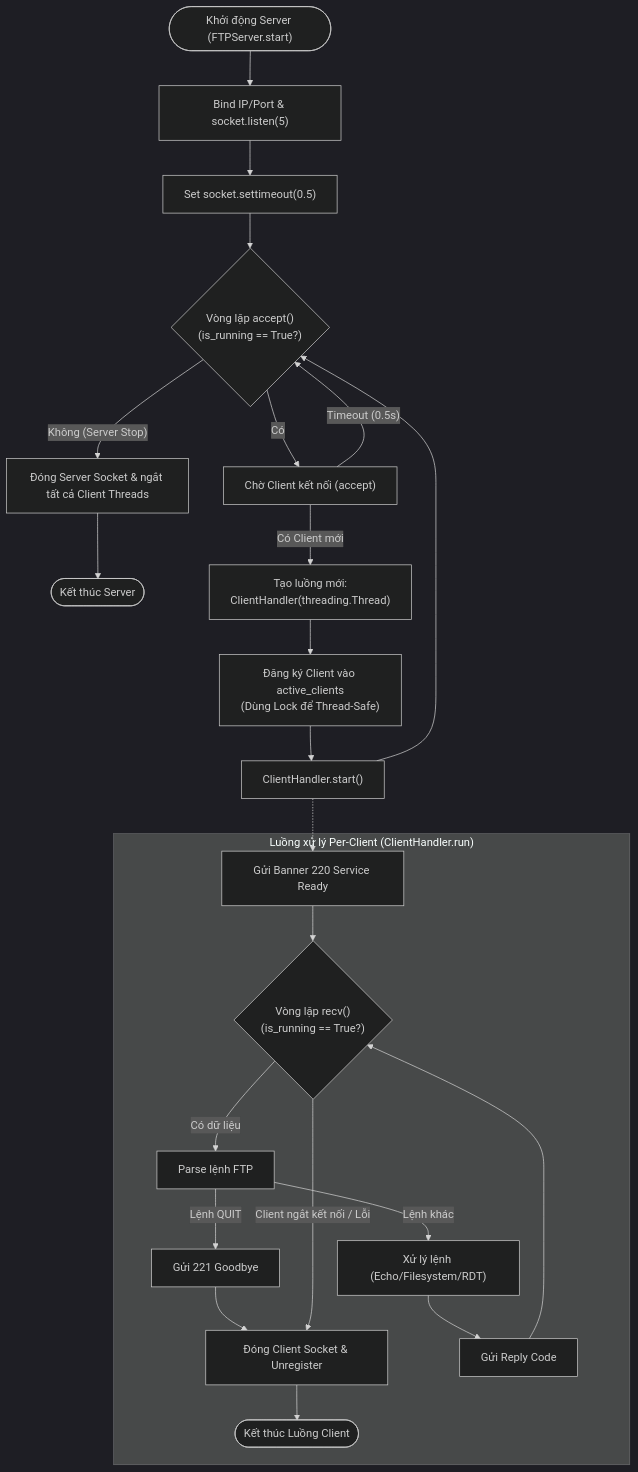
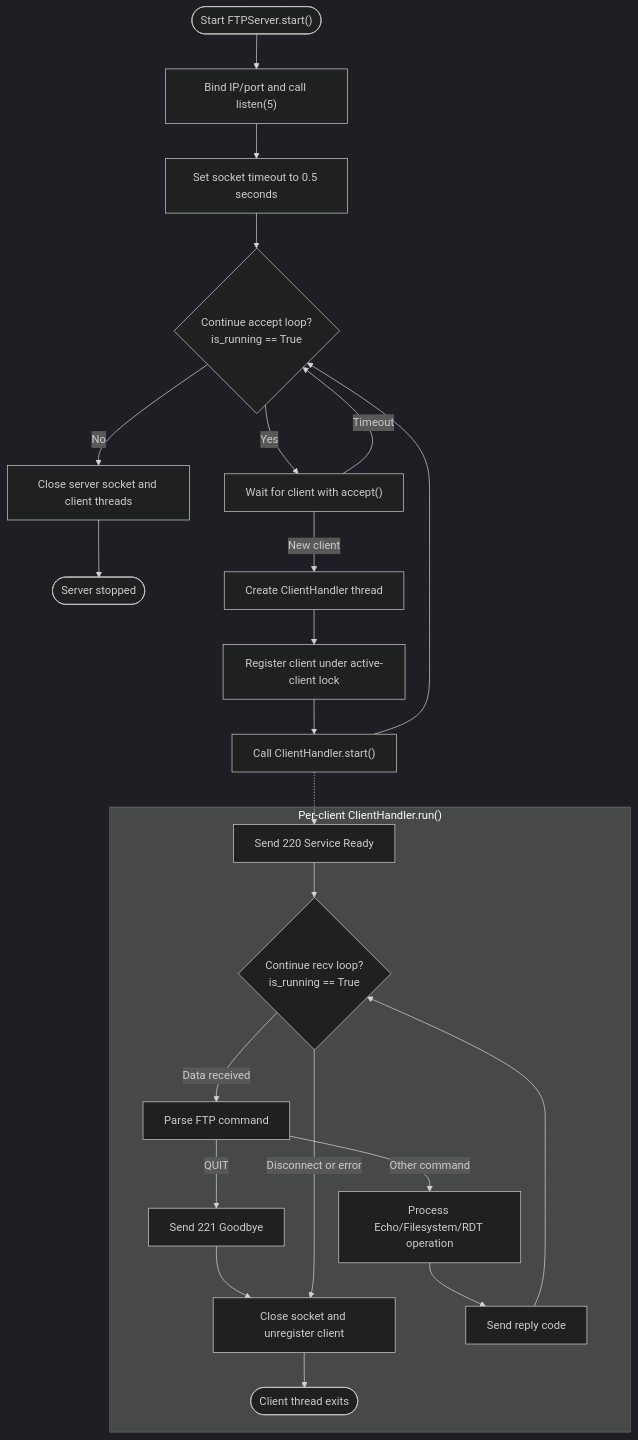
Before and after one commit to DrakyNeUwU/Hybrid-FTP-Socket: the third of 5 diagrams in docs/report.md, drawn with Mermaid (dark theme). The commit also changed other lines of this file and 9 other files, not shown here.

````diff
--- a/docs/report.md
+++ b/docs/report.md
@@ -99,32 +123,31 @@
 ```mermaid
 flowchart TD
-    Start(["Khởi động Server (FTPServer.start)"]) --> BindListen["Bind IP/Port & socket.listen(5)"]
-    BindListen --> TimeoutSet["Set socket.settimeout(0.5)"]
-    TimeoutSet --> LoopAccept{"Vòng lặp accept()<br/>(is_running == True?)"}
-    
-    LoopAccept -- "Không (Server Stop)" --> StopServer["Đóng Server Socket & ngắt tất cả Client Threads"]
-    StopServer --> End(["Kết thúc Server"])
-    
-    LoopAccept -- "Có" --> TryAccept["Chờ Client kết nối (accept)"]
-    TryAccept -- "Timeout (0.5s)" --> LoopAccept
-    TryAccept -- "Có Client mới" --> SpawnThread["Tạo luồng mới:<br/>ClientHandler(threading.Thread)"]
-    
-    SpawnThread --> RegClient["Đăng ký Client vào active_clients<br/>(Dùng Lock để Thread-Safe)"]
-    RegClient --> StartThread["ClientHandler.start()"]
+    Start(["Start FTPServer.start()"]) --> BindListen["Bind IP/port and call listen(5)"]
+    BindListen --> TimeoutSet["Set socket timeout to 0.5 seconds"]
+    TimeoutSet --> LoopAccept{"Continue accept loop?<br/>is_running == True"}
+
+    LoopAccept -- "No" --> StopServer["Close server socket and client threads"]
+    StopServer --> End(["Server stopped"])
+
+    LoopAccept -- "Yes" --> TryAccept["Wait for client with accept()"]
+    TryAccept -- "Timeout" --> LoopAccept
+    TryAccept -- "New client" --> SpawnThread["Create ClientHandler thread"]
+
+    SpawnThread --> RegClient["Register client under active-client lock"]
+    RegClient --> StartThread["Call ClientHandler.start()"]
     StartThread --> LoopAccept
 
-    subgraph PerClientThread ["Luồng xử lý Per-Client (ClientHandler.run)"]
-        InitClient["Gửi Banner 220 Service Ready"] --> LoopRecv{"Vòng lặp recv()<br/>(is_running == True?)"}
-        LoopRecv -- "Có dữ liệu" --> ParseCmd["Parse lệnh FTP"]
-        ParseCmd -- "Lệnh QUIT" --> Send221["Gửi 221 Goodbye"]
-        Send221 --> CloseClient["Đóng Client Socket & Unregister"]
-        ParseCmd -- "Lệnh khác" --> ProcessCmd["Xử lý lệnh (Echo/Filesystem/RDT)"]
-        ProcessCmd --> SendResp["Gửi Reply Code"]
+    subgraph PerClientThread ["Per-client ClientHandler.run()"]
+        InitClient["Send 220 Service Ready"] --> LoopRecv{"Continue recv loop?<br/>is_running == True"}
+        LoopRecv -- "Data received" --> ParseCmd["Parse FTP command"]
+        ParseCmd -- "QUIT" --> Send221["Send 221 Goodbye"]
+        Send221 --> CloseClient["Close socket and unregister client"]
+        ParseCmd -- "Other command" --> ProcessCmd["Process Echo/Filesystem/RDT operation"]
+        ProcessCmd --> SendResp["Send reply code"]
         SendResp --> LoopRecv
-        
-        LoopRecv -- "Client ngắt kết nối / Lỗi" --> CloseClient
-        CloseClient --> ExitThread(["Kết thúc Luồng Client"])
+        LoopRecv -- "Disconnect or error" --> CloseClient
+        CloseClient --> ExitThread(["Client thread exits"])
     end
 
     StartThread -.-> InitClient
 ```
````
